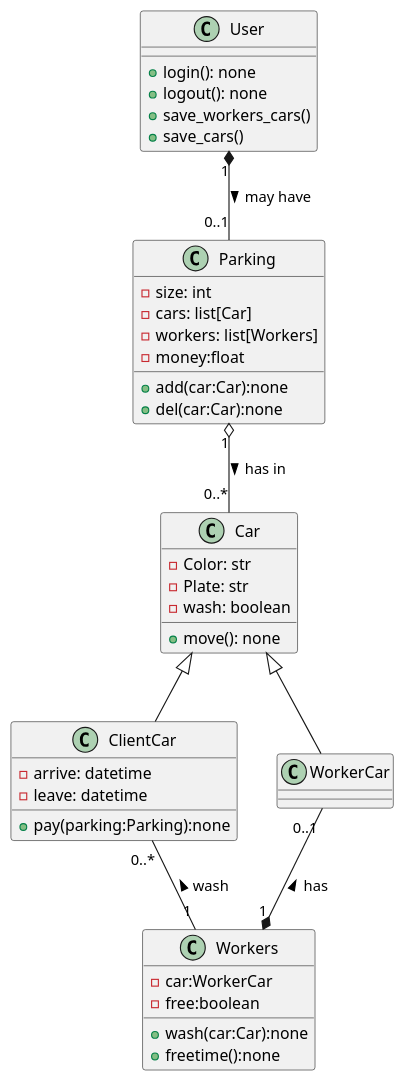
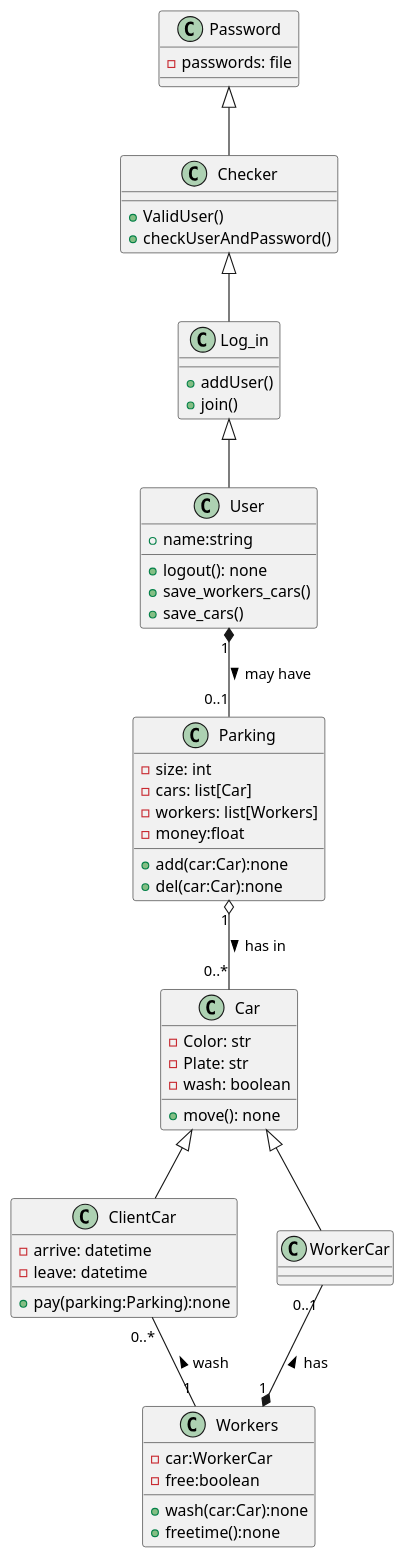
The diagram in UML/UML_Code.puml (Adlorduy/ParkingSystem), drawn with PlantUML before and after one commit.

```diff
--- a/UML/UML_Code.puml
+++ b/UML/UML_Code.puml
@@ -1,49 +1,68 @@
 @startuml Parking
 
 class Car{
     - Color: str
     - Plate: str
     - wash: boolean
     + move(): none
 }
 
 class ClientCar{
     - arrive: datetime
     - leave: datetime
     + pay(parking:Parking):none
 }
 
 class WorkerCar
 
 class Parking{
     - size: int
     - cars: list[Car]
     - workers: list[Workers]
     - money:float
 
     + add(car:Car):none
     + del(car:Car):none
 }
 
 class User{
-    + login(): none
+    + name:string
     + logout(): none
     + save_workers_cars()
     + save_cars()
 }
 
 class Workers{
     - car:WorkerCar
     - free:boolean
     + wash(car:Car):none
     + freetime():none
 }
 
+class Log_in{
+    +addUser()
+    +join()
+}
+
+class Password{
+    - passwords: file
+}
+
+class Checker{
+    +ValidUser()
+    +checkUserAndPassword()
+}
+
+
+
+Password <|-- Checker
+Checker <|-- Log_in
+Log_in <|-- User
 User "1" *-- "0..1" Parking: may have >
 Parking "1" o-- "0..*" Car: has in >
 Car <|-- ClientCar
 Car <|-- WorkerCar
 WorkerCar "0..1" --* "1"Workers: < has 
 ClientCar"0..*" -- "1"Workers: < wash
 
 @enduml
```
